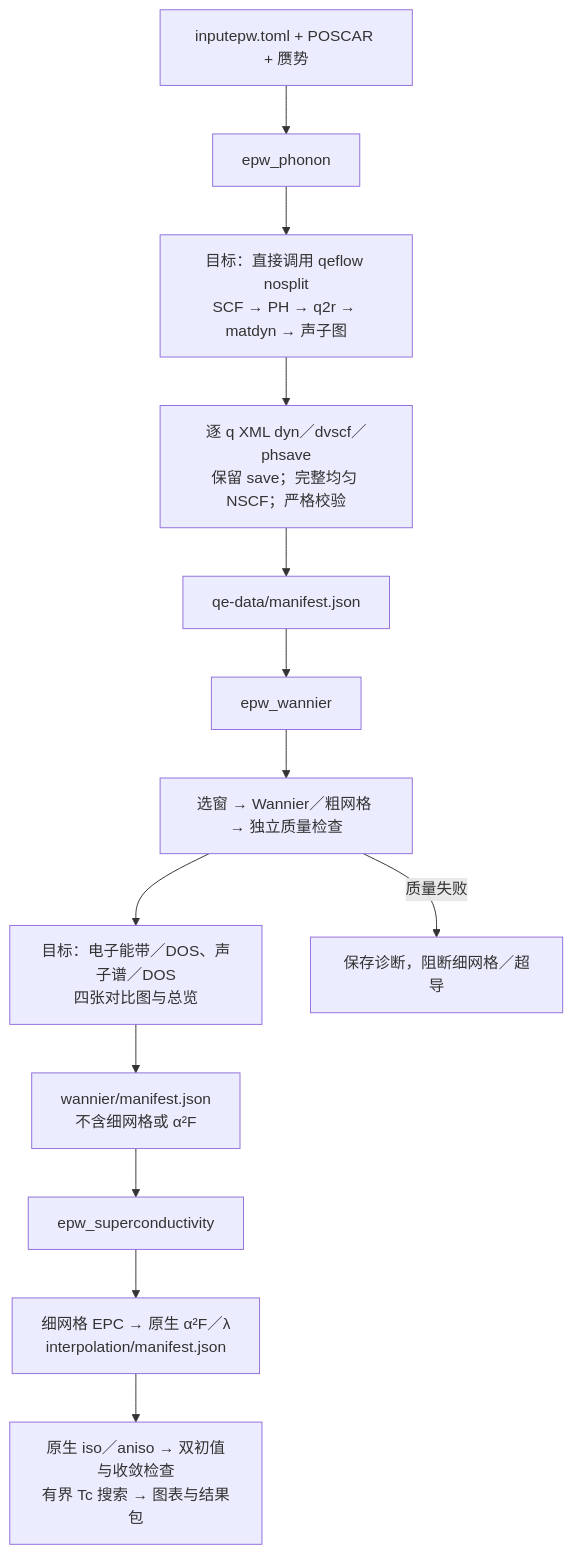
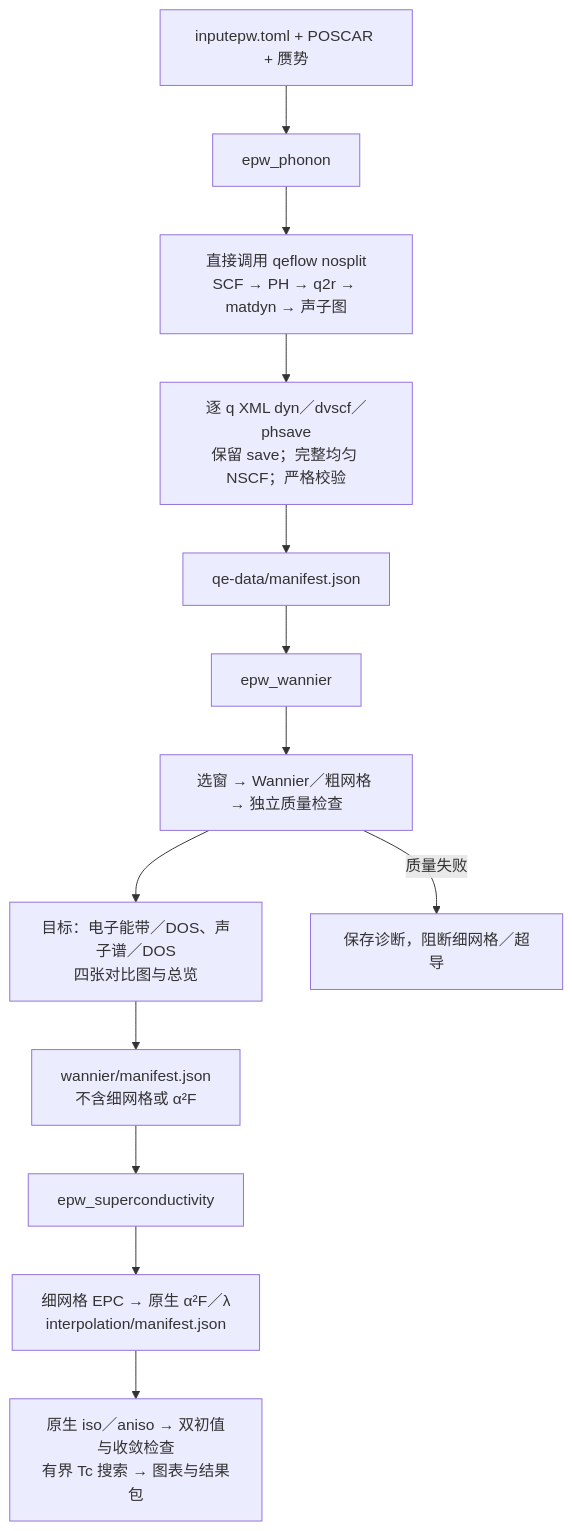
One commit to JLU-ICCMS-MaYuan/dftflow changed the diagram in epwflow/README.md. Above: the diagram before and after it, drawn with Mermaid. The commit also changed other lines of this file and 25 other files, not shown here.

````diff
--- a/epwflow/README.md
+++ b/epwflow/README.md
@@ -9,15 +9,15 @@
 ```mermaid
 flowchart TD
     C["inputepw.toml + POSCAR + 赝势"] --> P["epw_phonon"]
-    P --> P1["目标：直接调用 qeflow nosplit<br/>SCF → PH → q2r → matdyn → 声子图"]
+    P --> P1["直接调用 qeflow nosplit<br/>SCF → PH → q2r → matdyn → 声子图"]
     P1 --> P2["逐 q XML dyn／dvscf／phsave<br/>保留 save；完整均匀 NSCF；严格校验"]
     P2 --> PM["qe-data/manifest.json"]
     PM --> W["epw_wannier"]
     W --> W1["选窗 → Wannier／粗网格 → 独立质量检查"]
     W1 --> W2["目标：电子能带／DOS、声子谱／DOS<br/>四张对比图与总览"]
     W2 --> WM["wannier/manifest.json<br/>不含细网格或 α²F"]
     WM --> S["epw_superconductivity"]
     S --> S1["细网格 EPC → 原生 α²F／λ<br/>interpolation/manifest.json"]
     S1 --> S2["原生 iso／aniso → 双初值与收敛检查<br/>有界 Tc 搜索 → 图表与结果包"]
     W1 -->|"质量失败"| STOP["保存诊断，阻断细网格／超导"]
 ```
````
